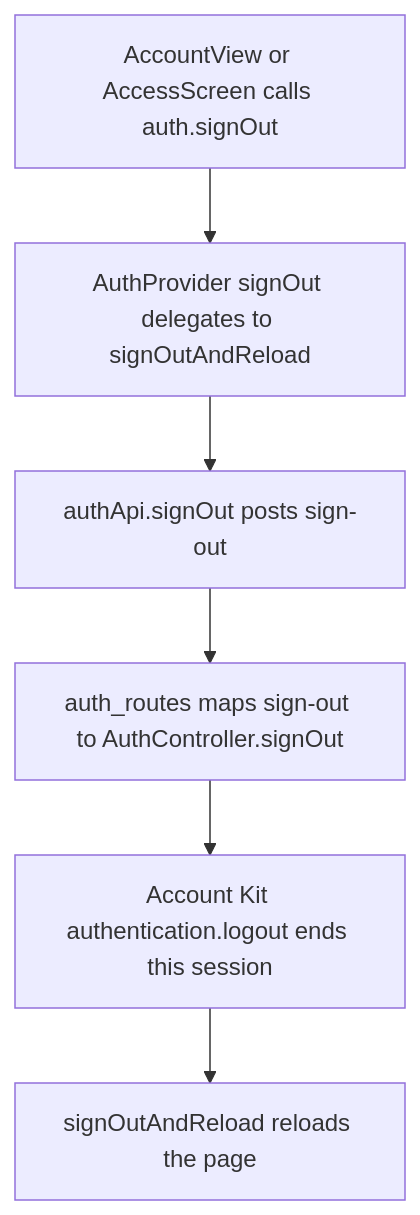
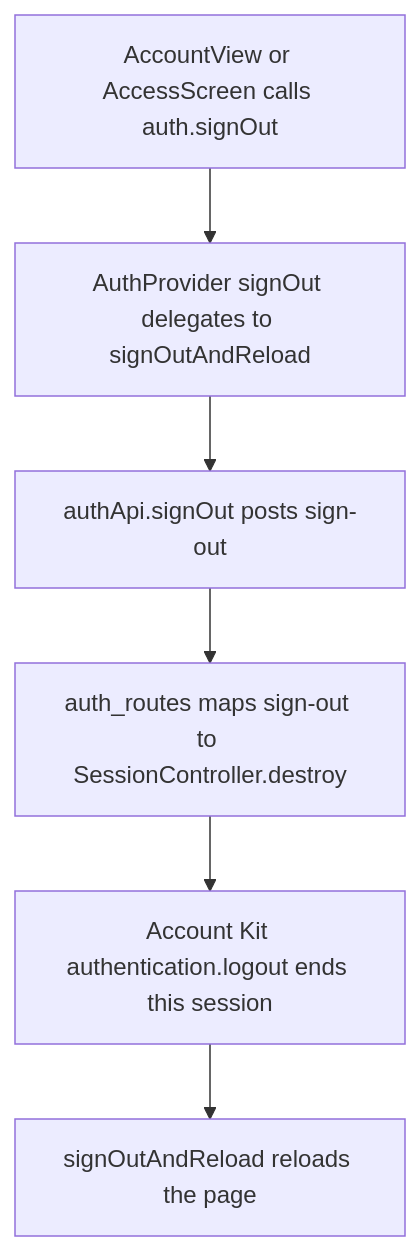
The second of 2 diagrams in user-stories/account/US-ACCOUNT-04-sign-out.md (Kevinjohn/capacitylens), drawn with Mermaid before and after one commit. The commit also changed other lines of this file and 139 other files, not shown here.

````diff
--- a/user-stories/account/US-ACCOUNT-04-sign-out.md
+++ b/user-stories/account/US-ACCOUNT-04-sign-out.md
@@ -26,8 +26,8 @@
 ```mermaid
 flowchart TD
   entry["AccountView or AccessScreen calls auth.signOut"] --> provider["AuthProvider signOut delegates to signOutAndReload"]
   provider --> client["authApi.signOut posts sign-out"]
-  client --> route["auth_routes maps sign-out to AuthController.signOut"]
+  client --> route["auth_routes maps sign-out to SessionController.destroy"]
   route --> kit["Account Kit authentication.logout ends this session"]
   kit --> reload["signOutAndReload reloads the page"]
 ```
````
